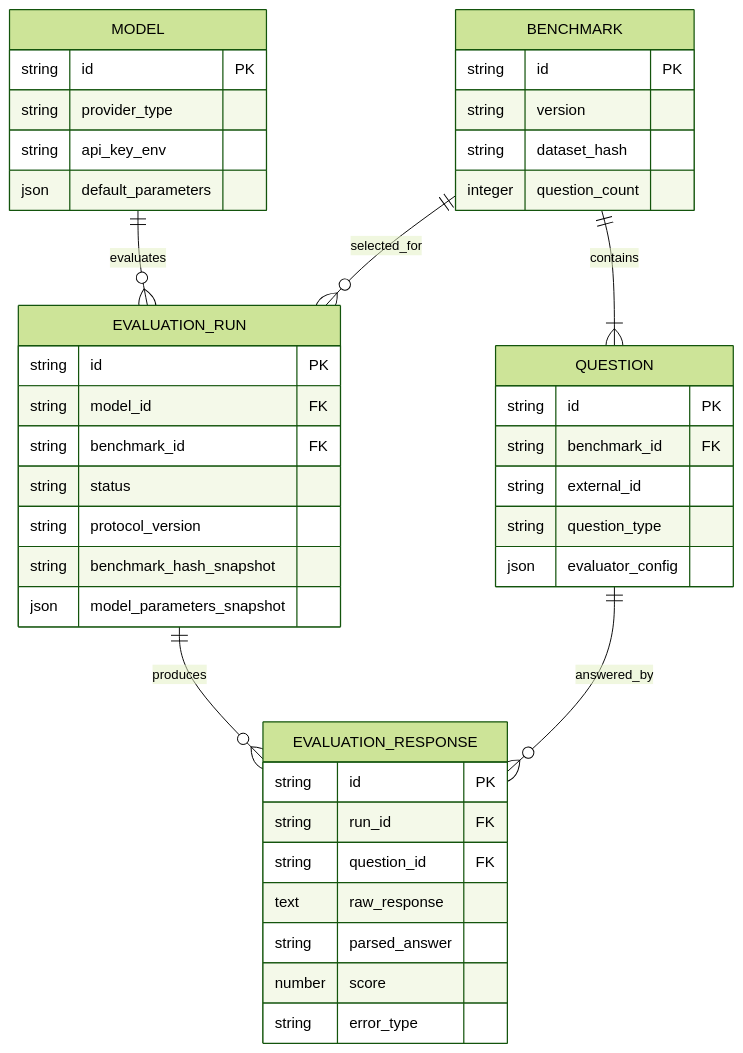
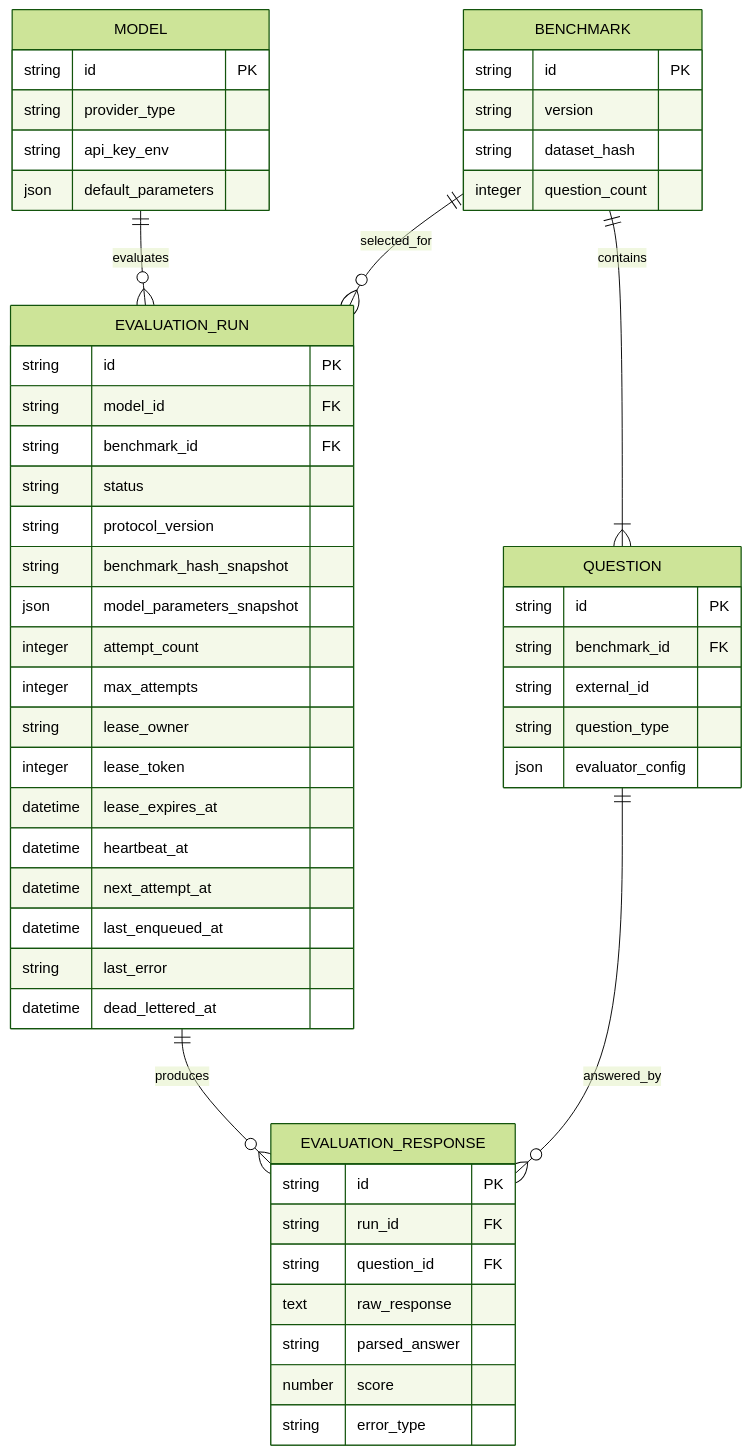
Before and after one commit to CWNU-Open-Source-Community/LLMBenchLab: the seventh of 7 diagrams in docs/ARCHITECTURE.md, drawn with Mermaid (forest theme). The commit also changed other lines of this file and 13 other files, not shown here.

````diff
--- a/docs/ARCHITECTURE.md
+++ b/docs/ARCHITECTURE.md
@@ -246,46 +284,56 @@
 ```mermaid
 erDiagram
     MODEL ||--o{ EVALUATION_RUN : evaluates
     BENCHMARK ||--|{ QUESTION : contains
     BENCHMARK ||--o{ EVALUATION_RUN : selected_for
     EVALUATION_RUN ||--o{ EVALUATION_RESPONSE : produces
     QUESTION ||--o{ EVALUATION_RESPONSE : answered_by
 
     MODEL {
         string id PK
         string provider_type
         string api_key_env
         json default_parameters
     }
     BENCHMARK {
         string id PK
         string version
         string dataset_hash
         integer question_count
     }
     QUESTION {
         string id PK
         string benchmark_id FK
         string external_id
         string question_type
         json evaluator_config
     }
     EVALUATION_RUN {
         string id PK
         string model_id FK
         string benchmark_id FK
         string status
         string protocol_version
         string benchmark_hash_snapshot
         json model_parameters_snapshot
+        integer attempt_count
+        integer max_attempts
+        string lease_owner
+        integer lease_token
+        datetime lease_expires_at
+        datetime heartbeat_at
+        datetime next_attempt_at
+        datetime last_enqueued_at
+        string last_error
+        datetime dead_lettered_at
     }
     EVALUATION_RESPONSE {
         string id PK
         string run_id FK
         string question_id FK
         text raw_response
         string parsed_answer
         number score
         string error_type
     }
 ```
````
